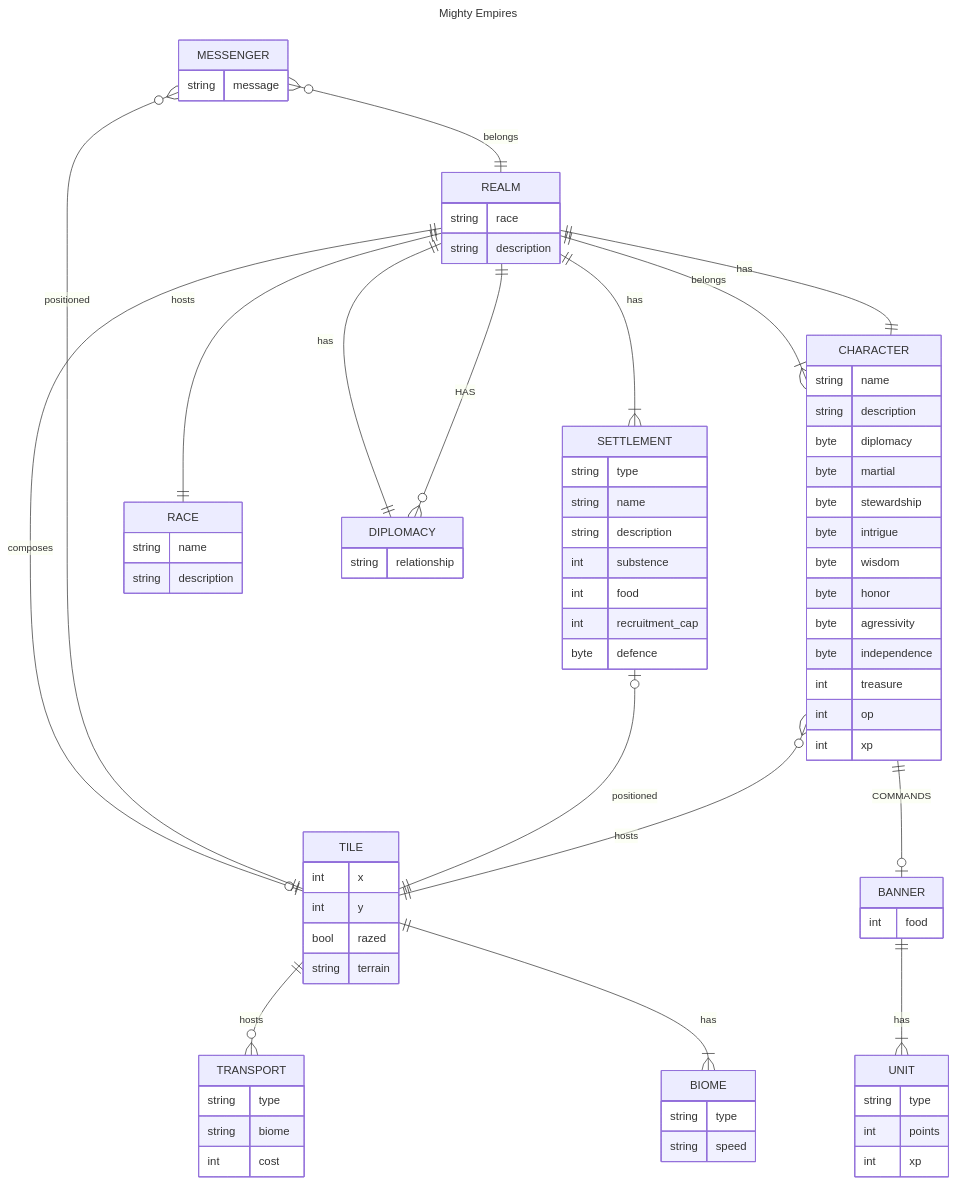
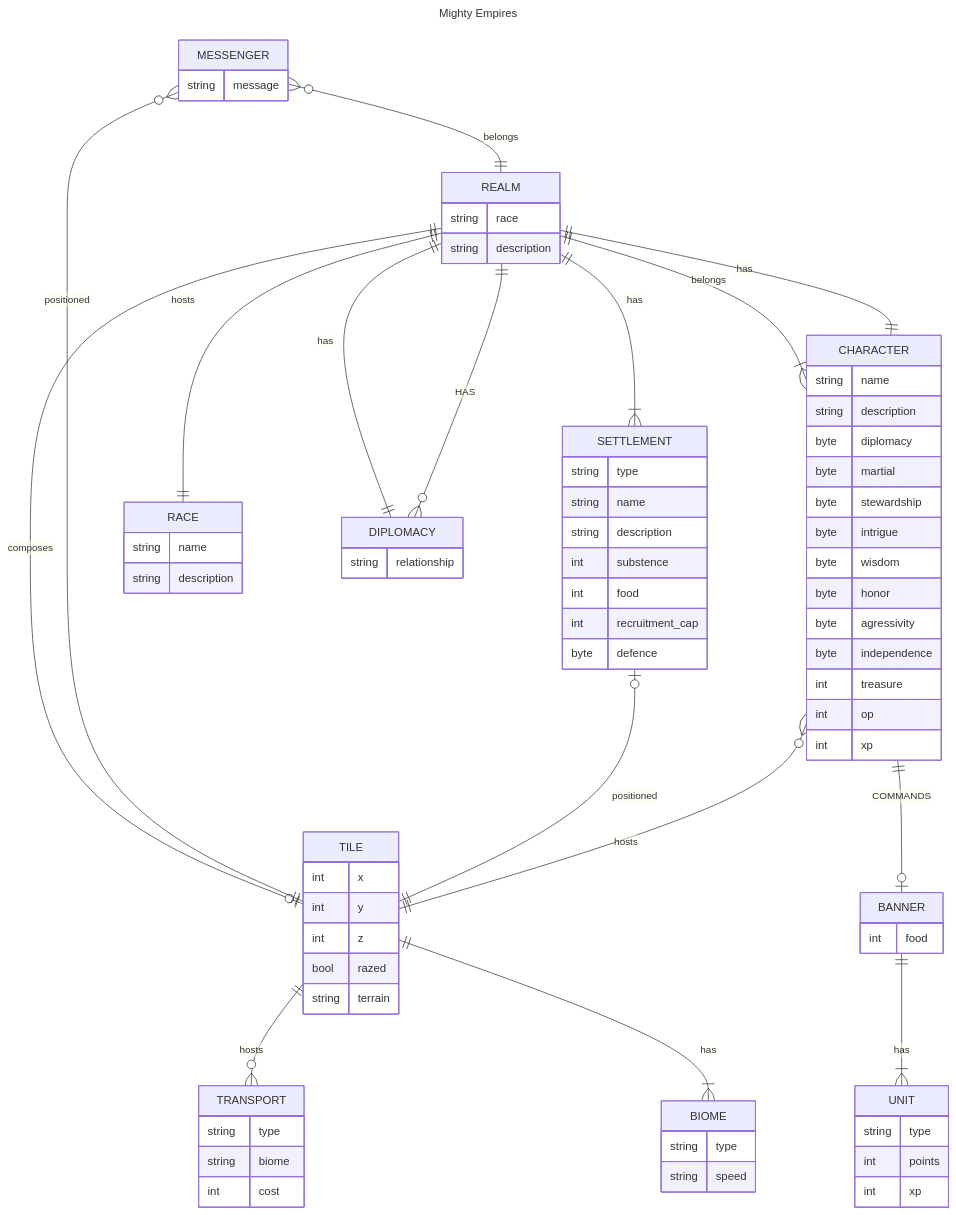
The second of 2 diagrams in README.md (Chris3444/Mighty-Empires), drawn with Mermaid before and after one commit. The commit also changed 18 other files, not shown here.

```diff
--- a/README.md
+++ b/README.md
@@ -30,6 +30,7 @@
 TILE {
     int x
     int y
+    int z
     bool razed
     string terrain
 }
```
